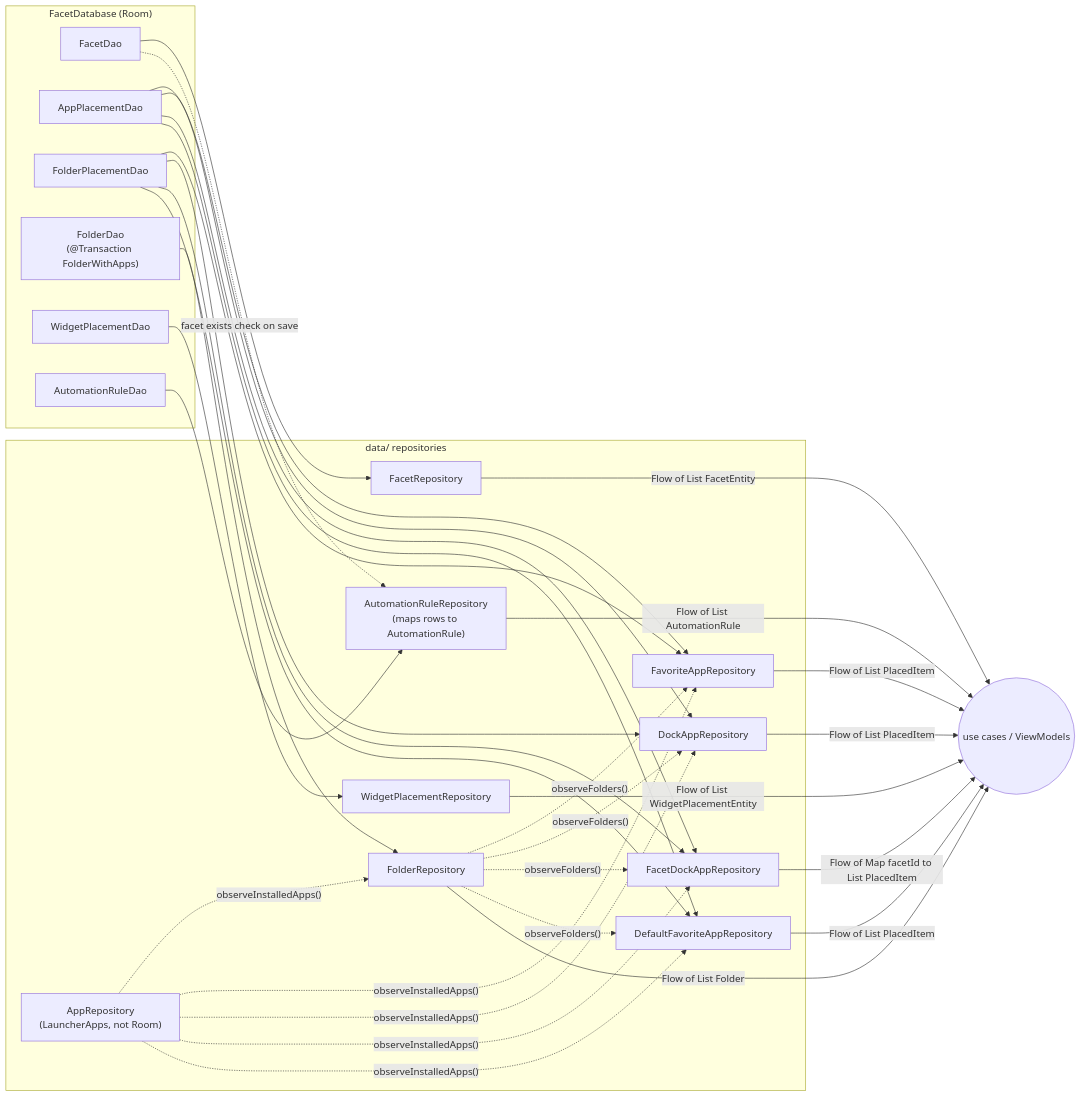
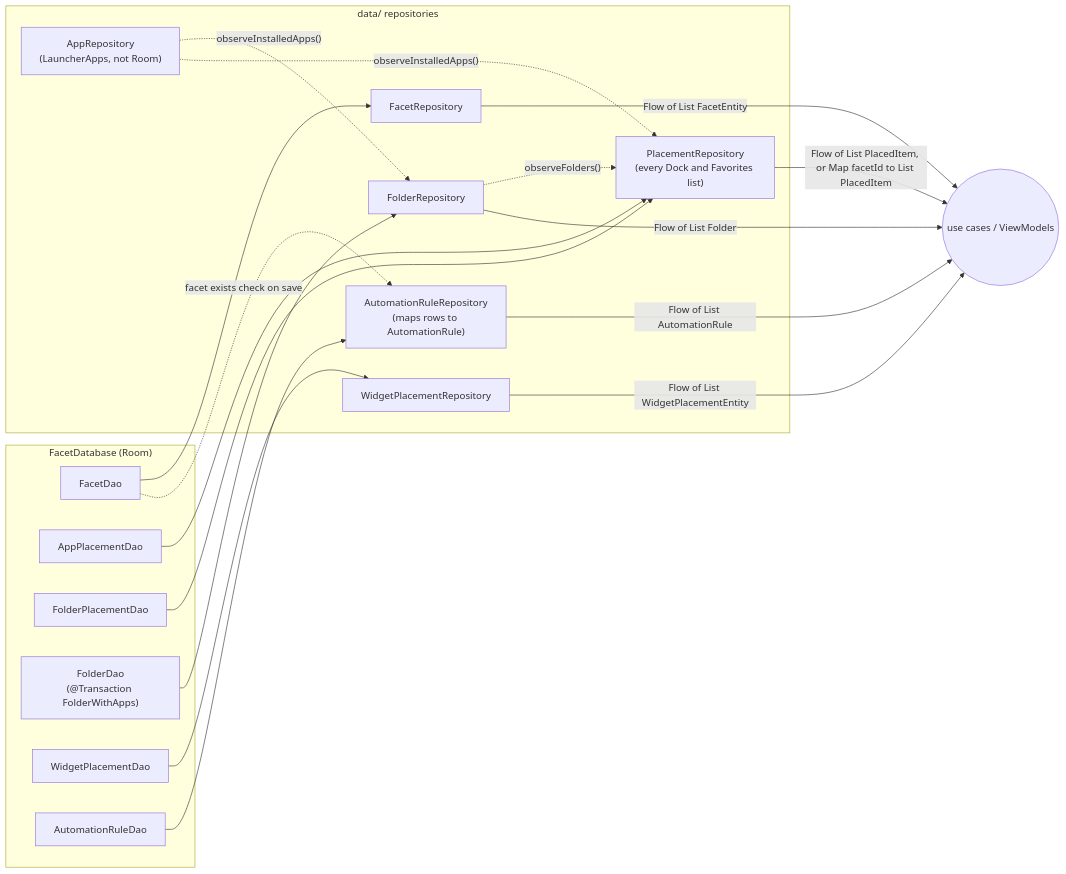
The second of 3 diagrams in docs/architecture/02-persistence-room.md (rohitganjam/facet-launcher), drawn with Mermaid before and after one commit. The commit also changed other lines of this file and 113 other files, not shown here.

````diff
--- a/docs/architecture/02-persistence-room.md
+++ b/docs/architecture/02-persistence-room.md
@@ -155,56 +155,38 @@
 ```mermaid
 flowchart LR
     subgraph DB["FacetDatabase (Room)"]
         FD[FacetDao]
         APD[AppPlacementDao]
         FPD[FolderPlacementDao]
         FOD["FolderDao\n(@Transaction FolderWithApps)"]
         WPD[WidgetPlacementDao]
         ARD[AutomationRuleDao]
     end
 
     subgraph REPO["data/ repositories"]
         FR[FacetRepository]
-        FAR[FavoriteAppRepository]
-        DAR[DockAppRepository]
-        FDAR[FacetDockAppRepository]
-        DFAR[DefaultFavoriteAppRepository]
+        PR["PlacementRepository\n(every Dock and Favorites list)"]
         FOR[FolderRepository]
         WPR[WidgetPlacementRepository]
         ARR["AutomationRuleRepository\n(maps rows to AutomationRule)"]
         AR["AppRepository\n(LauncherApps, not Room)"]
     end
 
     FD --> FR
-    APD --> FAR
-    FPD --> FAR
-    APD --> DAR
-    FPD --> DAR
-    APD --> FDAR
-    FPD --> FDAR
-    APD --> DFAR
-    FPD --> DFAR
+    APD --> PR
+    FPD --> PR
     FOD --> FOR
     WPD --> WPR
     ARD --> ARR
     FD -. "facet exists check on save" .-> ARR
 
     AR -. "observeInstalledApps()" .-> FOR
-    AR -. "observeInstalledApps()" .-> FAR
-    AR -. "observeInstalledApps()" .-> DAR
-    AR -. "observeInstalledApps()" .-> FDAR
-    AR -. "observeInstalledApps()" .-> DFAR
-    FOR -. "observeFolders()" .-> FAR
-    FOR -. "observeFolders()" .-> DAR
-    FOR -. "observeFolders()" .-> FDAR
-    FOR -. "observeFolders()" .-> DFAR
+    AR -. "observeInstalledApps()" .-> PR
+    FOR -. "observeFolders()" .-> PR
 
     FR -- "Flow of List FacetEntity" --> OUT((use cases / ViewModels))
-    FAR -- "Flow of List PlacedItem" --> OUT
-    DAR -- "Flow of List PlacedItem" --> OUT
-    FDAR -- "Flow of Map facetId to List PlacedItem" --> OUT
-    DFAR -- "Flow of List PlacedItem" --> OUT
+    PR -- "Flow of List PlacedItem, or Map facetId to List PlacedItem" --> OUT
     FOR -- "Flow of List Folder" --> OUT
     WPR -- "Flow of List WidgetPlacementEntity" --> OUT
     ARR -- "Flow of List AutomationRule" --> OUT
 ```
````
